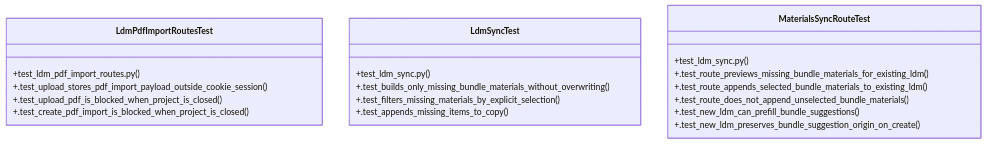
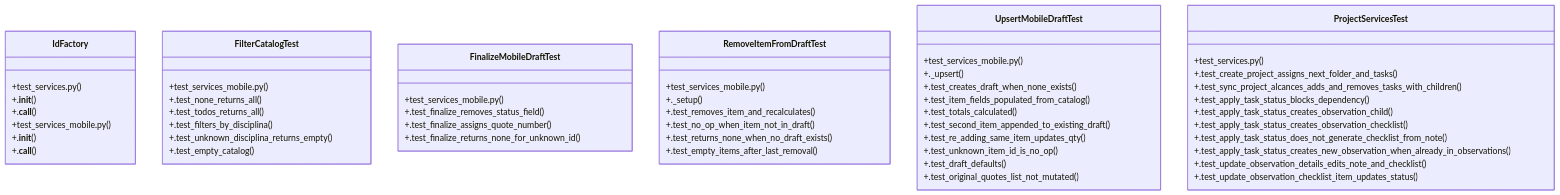
The diagram in graphify-out/wiki/Community_6.md (Daftrick/ProjectTracker), drawn with Mermaid before and after one commit. The commit also changed other lines of this file and 414 other files, not shown here.

First line of the commit message:
fix: fecha dd-mm-aa en PDF de LDM; refresca project_name en cotización al editar

````diff
--- a/graphify-out/wiki/Community_6.md
+++ b/graphify-out/wiki/Community_6.md
@@ -36,23 +36,59 @@
 ```mermaid
 classDiagram
-    class LdmPdfImportRoutesTest {
-        +test_ldm_pdf_import_routes.py()
-        +.test_upload_stores_pdf_import_payload_outside_cookie_session()
-        +.test_upload_pdf_is_blocked_when_project_is_closed()
-        +.test_create_pdf_import_is_blocked_when_project_is_closed()
+    class IdFactory {
+        +test_services.py()
+        +.__init__()
+        +.__call__()
     }
-    class LdmSyncTest {
-        +test_ldm_sync.py()
-        +.test_builds_only_missing_bundle_materials_without_overwriting()
-        +.test_filters_missing_materials_by_explicit_selection()
-        +.test_appends_missing_items_to_copy()
+    class FilterCatalogTest {
+        +test_services_mobile.py()
+        +.test_none_returns_all()
+        +.test_todos_returns_all()
+        +.test_filters_by_disciplina()
+        +.test_unknown_disciplina_returns_empty()
+        +.test_empty_catalog()
     }
-    class MaterialsSyncRouteTest {
-        +test_ldm_sync.py()
-        +.test_route_previews_missing_bundle_materials_for_existing_ldm()
-        +.test_route_appends_selected_bundle_materials_to_existing_ldm()
-        +.test_route_does_not_append_unselected_bundle_materials()
-        +.test_new_ldm_can_prefill_bundle_suggestions()
-        +.test_new_ldm_preserves_bundle_suggestion_origin_on_create()
+    class FinalizeMobileDraftTest {
+        +test_services_mobile.py()
+        +.test_finalize_removes_status_field()
+        +.test_finalize_assigns_quote_number()
+        +.test_finalize_returns_none_for_unknown_id()
+    }
+    class IdFactory {
+        +test_services_mobile.py()
+        +.__init__()
+        +.__call__()
+    }
+    class RemoveItemFromDraftTest {
+        +test_services_mobile.py()
+        +._setup()
+        +.test_removes_item_and_recalculates()
+        +.test_no_op_when_item_not_in_draft()
+        +.test_returns_none_when_no_draft_exists()
+        +.test_empty_items_after_last_removal()
+    }
+    class UpsertMobileDraftTest {
+        +test_services_mobile.py()
+        +._upsert()
+        +.test_creates_draft_when_none_exists()
+        +.test_item_fields_populated_from_catalog()
+        +.test_totals_calculated()
+        +.test_second_item_appended_to_existing_draft()
+        +.test_re_adding_same_item_updates_qty()
+        +.test_unknown_item_id_is_no_op()
+        +.test_draft_defaults()
+        +.test_original_quotes_list_not_mutated()
+    }
+    class ProjectServicesTest {
+        +test_services.py()
+        +.test_create_project_assigns_next_folder_and_tasks()
+        +.test_sync_project_alcances_adds_and_removes_tasks_with_children()
+        +.test_apply_task_status_blocks_dependency()
+        +.test_apply_task_status_creates_observation_child()
+        +.test_apply_task_status_creates_observation_checklist()
+        +.test_apply_task_status_does_not_generate_checklist_from_note()
+        +.test_apply_task_status_creates_new_observation_when_already_in_observations()
+        +.test_update_observation_details_edits_note_and_checklist()
+        +.test_update_observation_checklist_item_updates_status()
     }
 ```
````
